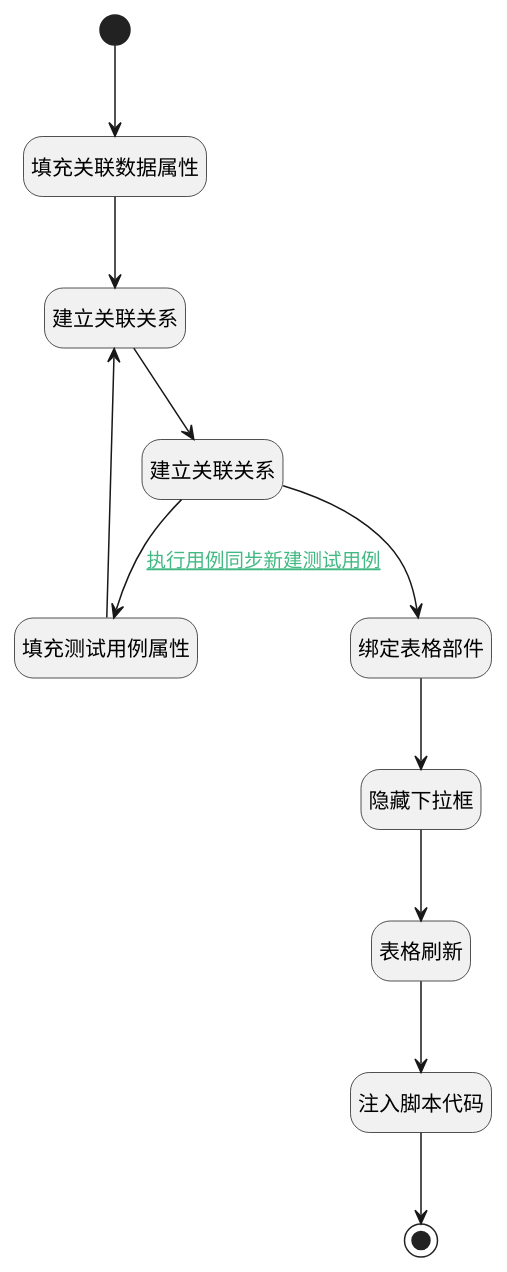
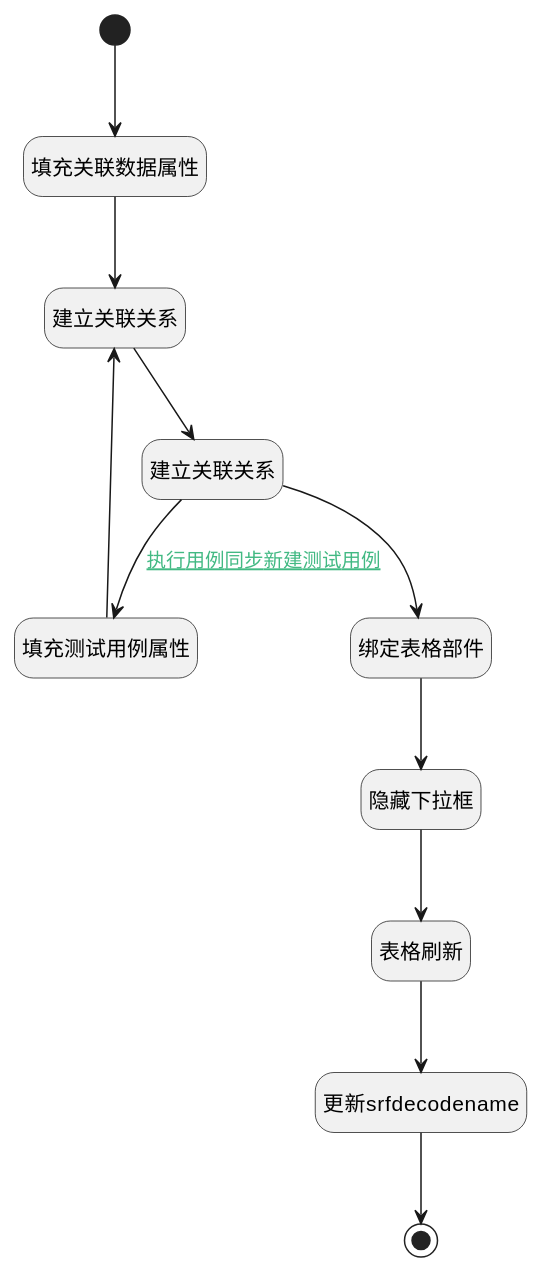
One commit to iBizLab/plm changed the diagram in doc/docsify/module/Base/recent/uilogic/create_double_relation.md. Above: the diagram before and after it, drawn with PlantUML. The commit also changed other lines of this file and 1778 other files, not shown here.

````diff
--- a/doc/docsify/module/Base/recent/uilogic/create_double_relation.md
+++ b/doc/docsify/module/Base/recent/uilogic/create_double_relation.md
@@ -7,36 +7,36 @@
 ```plantuml
 @startuml
 hide footbox
 <style>
 root {
   HyperlinkColor #42b983
 }
 </style>
 
 hide empty description
 state "开始" as Begin <<start>> [[$./create_double_relation#begin {开始}]]
+state "表格刷新" as VIEWCTRLINVOKE1  [[$./create_double_relation#viewctrlinvoke1 {表格刷新}]]
+state "建立关联关系" as DEACTION2  [[$./create_double_relation#deaction2 {建立关联关系}]]
+state "隐藏下拉框" as RAWJSCODE2  [[$./create_double_relation#rawjscode2 {隐藏下拉框}]]
 state "填充测试用例属性" as PREPAREJSPARAM3  [[$./create_double_relation#preparejsparam3 {填充测试用例属性}]]
-state "表格刷新" as VIEWCTRLINVOKE1  [[$./create_double_relation#viewctrlinvoke1 {表格刷新}]]
-state "绑定表格部件" as PREPAREJSPARAM2  [[$./create_double_relation#preparejsparam2 {绑定表格部件}]]
-state "建立关联关系" as DEACTION2  [[$./create_double_relation#deaction2 {建立关联关系}]]
-state "注入脚本代码" as RAWJSCODE3  [[$./create_double_relation#rawjscode3 {注入脚本代码}]]
-state "隐藏下拉框" as RAWJSCODE2  [[$./create_double_relation#rawjscode2 {隐藏下拉框}]]
-state "建立关联关系" as DEACTION1  [[$./create_double_relation#deaction1 {建立关联关系}]]
 state "填充关联数据属性" as PREPAREJSPARAM1  [[$./create_double_relation#preparejsparam1 {填充关联数据属性}]]
 state "结束" as END1 <<end>> [[$./create_double_relation#end1 {结束}]]
+state "建立关联关系" as DEACTION1  [[$./create_double_relation#deaction1 {建立关联关系}]]
+state "绑定表格部件" as PREPAREJSPARAM2  [[$./create_double_relation#preparejsparam2 {绑定表格部件}]]
+state "更新srfdecodename" as RAWJSCODE3  [[$./create_double_relation#rawjscode3 {更新srfdecodename}]]
 
 
 Begin --> PREPAREJSPARAM1
 PREPAREJSPARAM1 --> DEACTION1
 DEACTION1 --> DEACTION2
 DEACTION2 --> PREPAREJSPARAM2
 PREPAREJSPARAM2 --> RAWJSCODE2
 RAWJSCODE2 --> VIEWCTRLINVOKE1
 VIEWCTRLINVOKE1 --> RAWJSCODE3
 RAWJSCODE3 --> END1
 DEACTION2 --> PREPAREJSPARAM3 : [[$./create_double_relation#deaction2-preparejsparam3{执行用例同步新建测试用例} 执行用例同步新建测试用例]]
 PREPAREJSPARAM3 --> DEACTION1
 
 
 @enduml
 ```
````
